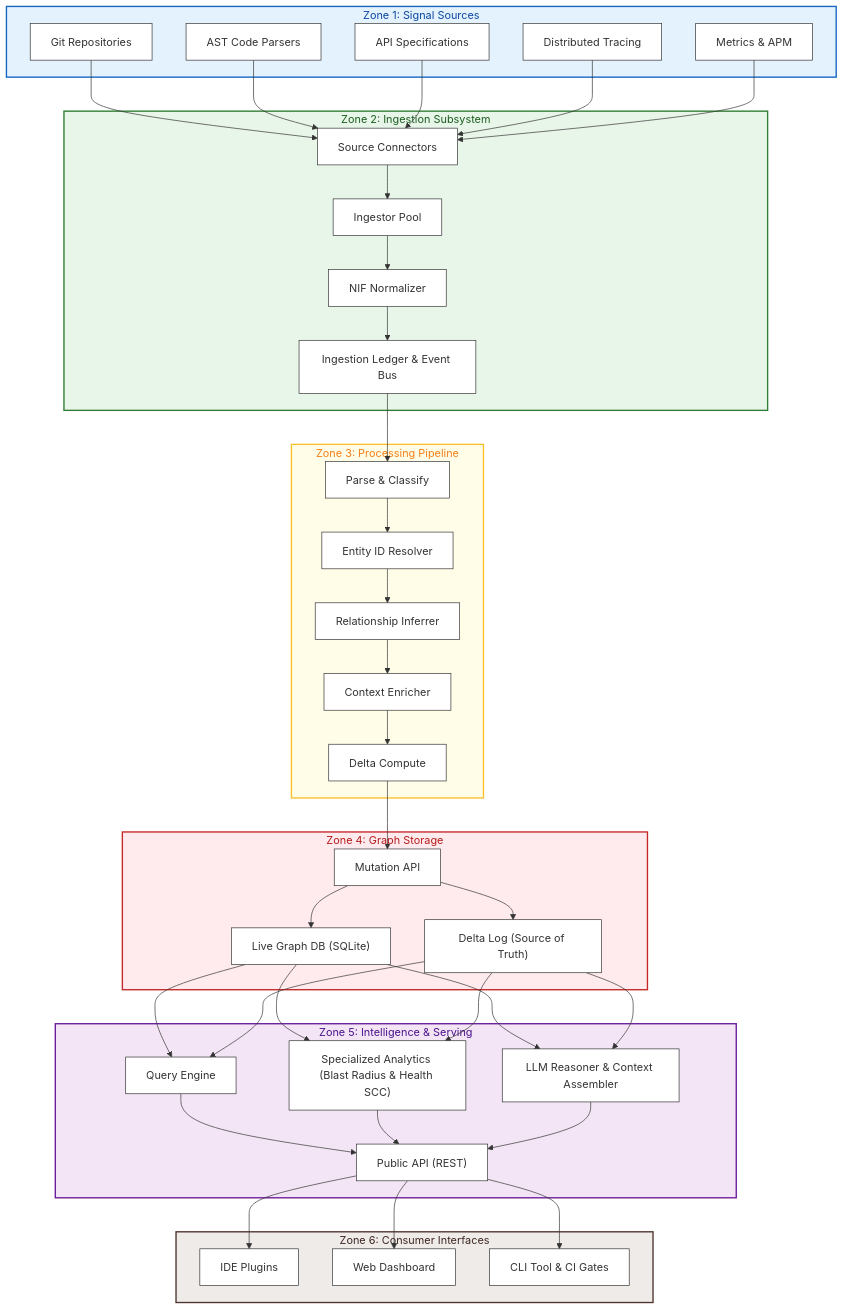
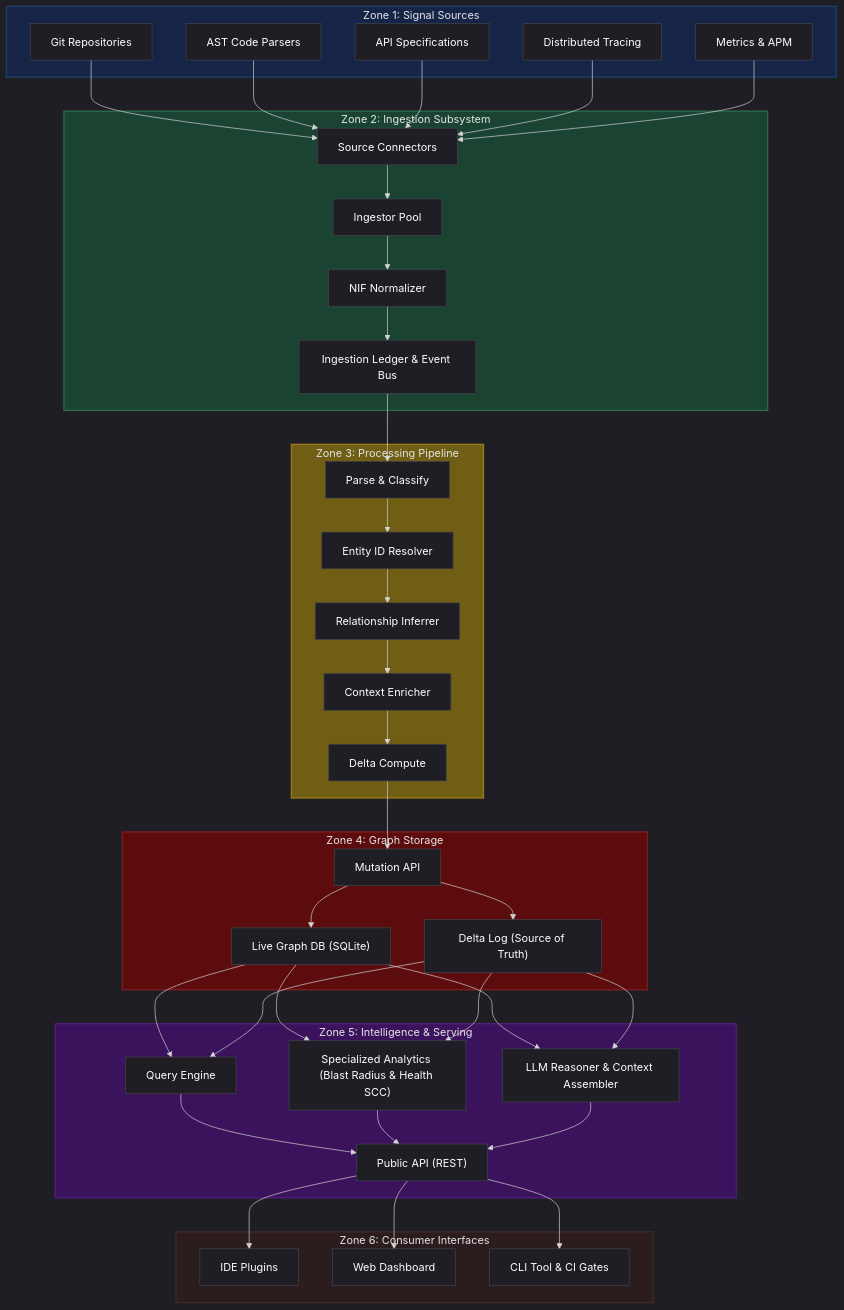
The first of 2 diagrams in README.md (Ksawyoux/Fun-Project), drawn with Mermaid before and after one commit. The commit also changed other lines of this file, not shown here.

Commit message:
style: update mermaid diagrams to dark mode theme and adjust node styling

````diff
--- a/README.md
+++ b/README.md
@@ -11,64 +11,67 @@
 ```mermaid
+%%{init: {'theme': 'dark'}}%%
 flowchart TD
     subgraph Zone1 ["Zone 1: Signal Sources"]
         Git["Git Repositories"]
         AST["AST Code Parsers"]
         APIs["API Specifications"]
         Trace["Distributed Tracing"]
         Metrics["Metrics & APM"]
     end
 
     subgraph Zone2 ["Zone 2: Ingestion Subsystem"]
         Connectors["Source Connectors"]
         Ingestors["Ingestor Pool"]
         NIF["NIF Normalizer"]
         Ledger["Ingestion Ledger & Event Bus"]
     end
 
     subgraph Zone3 ["Zone 3: Processing Pipeline"]
         Parse["Parse & Classify"]
         Resolve["Entity ID Resolver"]
         Infer["Relationship Inferrer"]
         Enrich["Context Enricher"]
         Delta["Delta Compute"]
     end
 
     subgraph Zone4 ["Zone 4: Graph Storage"]
         MutationAPI["Mutation API"]
         GraphDB["Live Graph DB (SQLite)"]
         DeltaLog["Delta Log (Source of Truth)"]
     end
 
     subgraph Zone5 ["Zone 5: Intelligence & Serving"]
         QueryEngine["Query Engine"]
         Analytics["Specialized Analytics (Blast Radius & Health SCC)"]
         LLMReason["LLM Reasoner & Context Assembler"]
         PublicAPI["Public API (REST)"]
     end
 
     subgraph Zone6 ["Zone 6: Consumer Interfaces"]
         IDE["IDE Plugins"]
         WebDash["Web Dashboard"]
         CLI["CLI Tool & CI Gates"]
     end
 
     %% Data flow connections
     Git & AST & APIs & Trace & Metrics --> Connectors
     Connectors --> Ingestors --> NIF --> Ledger
     Ledger --> Parse --> Resolve --> Infer --> Enrich --> Delta
     Delta --> MutationAPI
     MutationAPI --> GraphDB & DeltaLog
     GraphDB & DeltaLog --> QueryEngine & Analytics & LLMReason
     QueryEngine & Analytics & LLMReason --> PublicAPI
     PublicAPI --> IDE & WebDash & CLI
 
-    %% Styling
-    style Zone1 fill:#e3f2fd,stroke:#1565c0,stroke-width:2px,color:#0d47a1
-    style Zone2 fill:#e8f5e9,stroke:#2e7d32,stroke-width:2px,color:#1b5e20
-    style Zone3 fill:#fffde7,stroke:#fbc02d,stroke-width:2px,color:#f57f17
-    style Zone4 fill:#ffebee,stroke:#c62828,stroke-width:2px,color:#b71c1c
-    style Zone5 fill:#f3e5f5,stroke:#6a1b9a,stroke-width:2px,color:#4a148c
-    style Zone6 fill:#efebe9,stroke:#4e342e,stroke-width:2px,color:#3e2723
+    %% Subgraph Styling
+    style Zone1 fill:#162447,stroke:#1f4068,stroke-width:2px,color:#e4e4e4
+    style Zone2 fill:#1b4332,stroke:#2d6a4f,stroke-width:2px,color:#e4e4e4
+    style Zone3 fill:#6f5e13,stroke:#9a7b1c,stroke-width:2px,color:#e4e4e4
+    style Zone4 fill:#5c0c0c,stroke:#7f1d1d,stroke-width:2px,color:#e4e4e4
+    style Zone5 fill:#3b135c,stroke:#521c7d,stroke-width:2px,color:#e4e4e4
+    style Zone6 fill:#2b1d1d,stroke:#3d2b2b,stroke-width:2px,color:#e4e4e4
 
-    classDef default fill:#ffffff,stroke:#333,stroke-width:1px;
+    %% Node Styling Class for Dark Mode Contrast
+    classDef darkNode fill:#1e1e24,stroke:#44444c,stroke-width:1px,color:#ffffff;
+    class Git,AST,APIs,Trace,Metrics,Connectors,Ingestors,NIF,Ledger,Parse,Resolve,Infer,Enrich,Delta,MutationAPI,GraphDB,DeltaLog,QueryEngine,Analytics,LLMReason,PublicAPI,IDE,WebDash,CLI darkNode;
 ```
````
